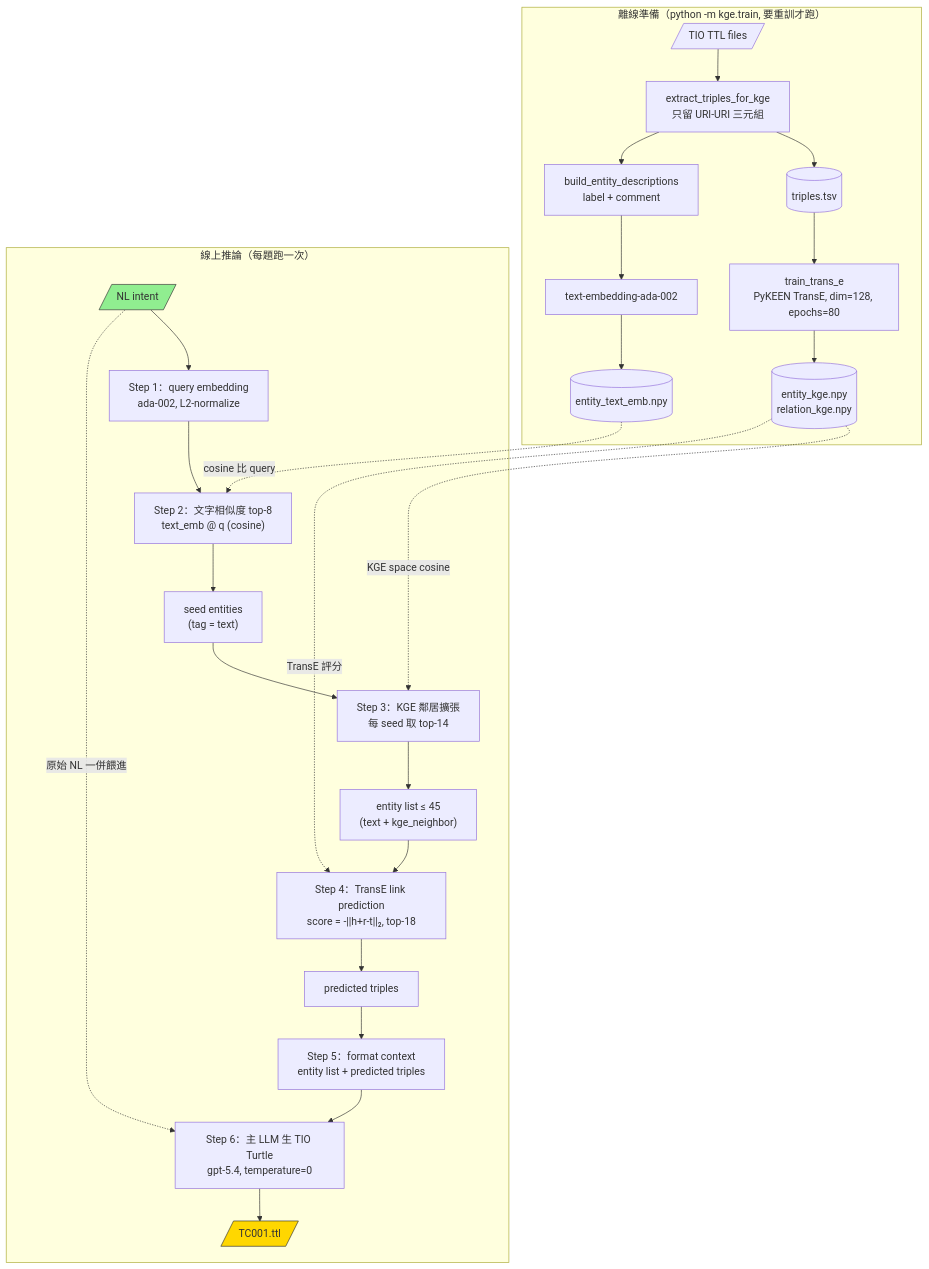
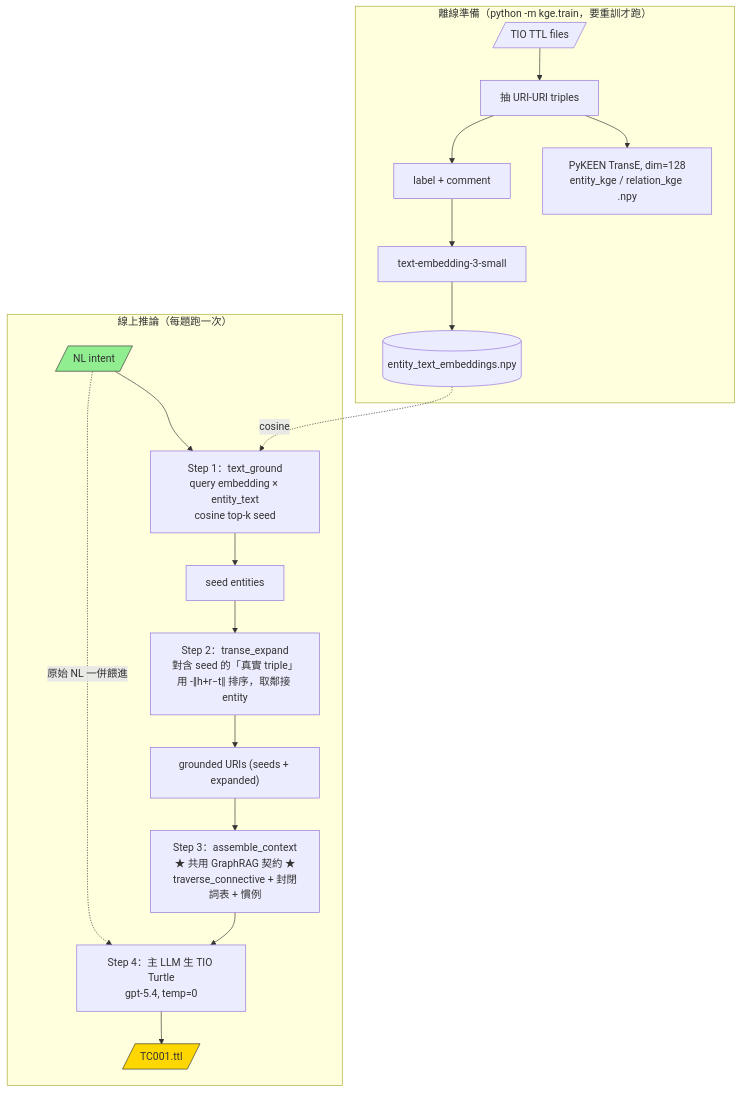
Before and after one commit to grantyehh/NL_Translate_TIO: the second of 3 diagrams in mechanism.md, drawn with Mermaid. The commit also changed other lines of this file, not shown here.

First line of the commit message:
docs(mechanism): rewrite to Architecture 5 (domain-graph GraphRAG + canonical KGE)

````diff
--- a/mechanism.md
+++ b/mechanism.md
@@ -315,34 +183,27 @@
 ```mermaid
 flowchart TD
-    subgraph Offline["離線準備（python -m kge.train, 要重訓才跑）"]
-        TTL[/"TIO TTL files"/] --> Extract["extract_triples_for_kge<br/>只留 URI-URI 三元組"]
-        Extract --> TSV[("triples.tsv")]
-        TSV --> TransE["train_trans_e<br/>PyKEEN TransE, dim=128, epochs=80"]
-        TransE --> KGEemb[("entity_kge.npy<br/>relation_kge.npy")]
-        Extract --> Desc["build_entity_descriptions<br/>label + comment"]
-        Desc --> Ada["text-embedding-ada-002"]
-        Ada --> TextEmb[("entity_text_emb.npy")]
+    subgraph Offline["離線準備（python -m kge.train，要重訓才跑）"]
+        TTL[/"TIO TTL files"/] --> Extract["抽 URI-URI triples"]
+        Extract --> TransE["PyKEEN TransE, dim=128<br/>entity_kge / relation_kge .npy"]
+        Extract --> Desc["label + comment"]
+        Desc --> Ada["text-embedding-3-small"]
+        Ada --> TextEmb[("entity_text_embeddings.npy")]
     end
 
     subgraph Online["線上推論（每題跑一次）"]
         NL[/"NL intent"/]
-        NL --> Q["Step 1：query embedding<br/>ada-002, L2-normalize"]
-        Q --> S2["Step 2：文字相似度 top-8<br/>text_emb @ q (cosine)"]
-        S2 --> Seeds["seed entities<br/>(tag = text)"]
-        Seeds --> S3["Step 3：KGE 鄰居擴張<br/>每 seed 取 top-14"]
-        S3 --> Expanded["entity list ≤ 45<br/>(text + kge_neighbor)"]
-        Expanded --> S4["Step 4：TransE link prediction<br/>score = -||h+r-t||₂, top-18"]
-        S4 --> Preds["predicted triples"]
-        Preds --> S5["Step 5：format context<br/>entity list + predicted triples"]
-        S5 --> S6["Step 6：主 LLM 生 TIO Turtle<br/>gpt-5.4, temperature=0"]
-        S6 --> Out[/"TC001.ttl"/]
+        NL --> S1["Step 1：text_ground<br/>query embedding × entity_text<br/>cosine top-k seed"]
+        S1 --> Seeds["seed entities"]
+        Seeds --> S2["Step 2：transe_expand<br/>對含 seed 的「真實 triple」<br/>用 -‖h+r−t‖ 排序，取鄰接 entity"]
+        S2 --> Grounded["grounded URIs (seeds + expanded)"]
+        Grounded --> S3["Step 3：assemble_context<br/>★ 共用 GraphRAG 契約 ★<br/>traverse_connective + 封閉詞表 + 慣例"]
+        S3 --> S4["Step 4：主 LLM 生 TIO Turtle<br/>gpt-5.4, temp=0"]
+        S4 --> Out[/"TC001.ttl"/]
     end
 
-    TextEmb -. cosine 比 query .-> S2
-    KGEemb -. KGE space cosine .-> S3
-    KGEemb -. TransE 評分 .-> S4
-    NL -. 原始 NL 一併餵進 .-> S6
+    TextEmb -. cosine .-> S1
+    NL -. 原始 NL 一併餵進 .-> S4
 
     style NL fill:#90EE90,stroke:#333
     style Out fill:#FFD700,stroke:#333
 ```
````
